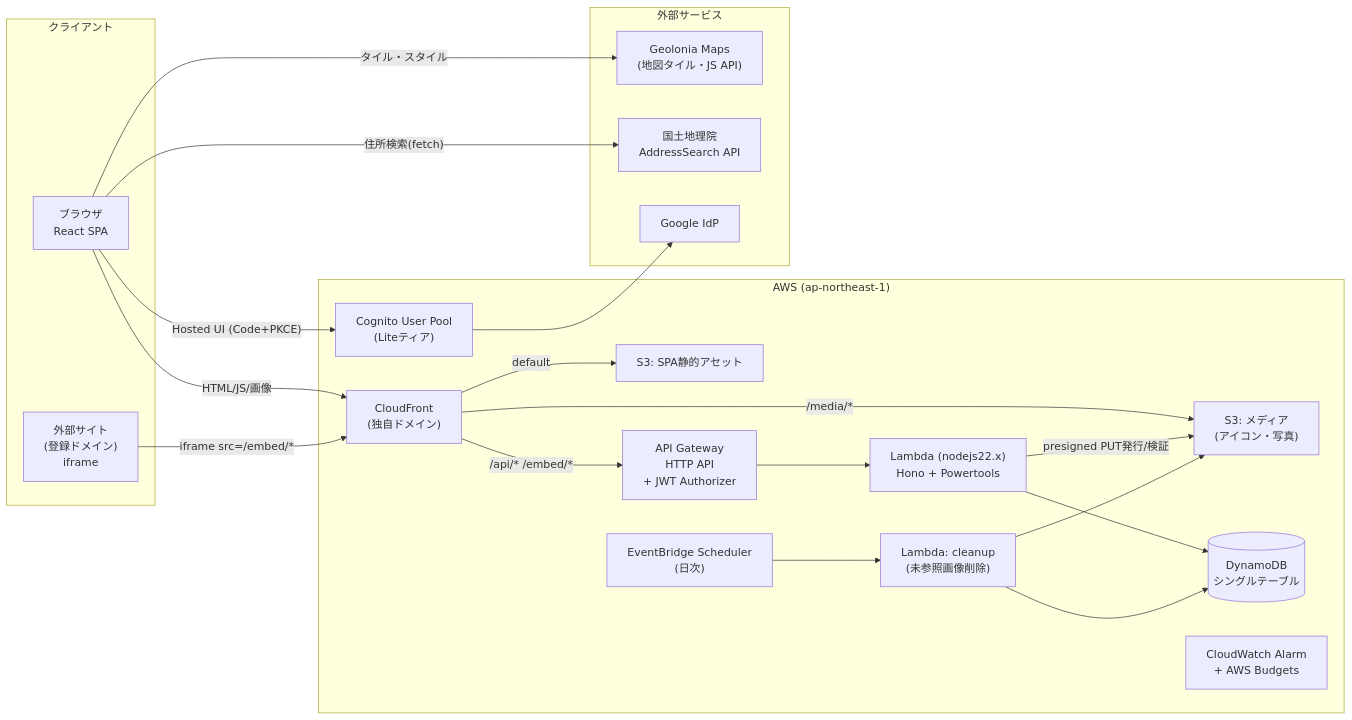
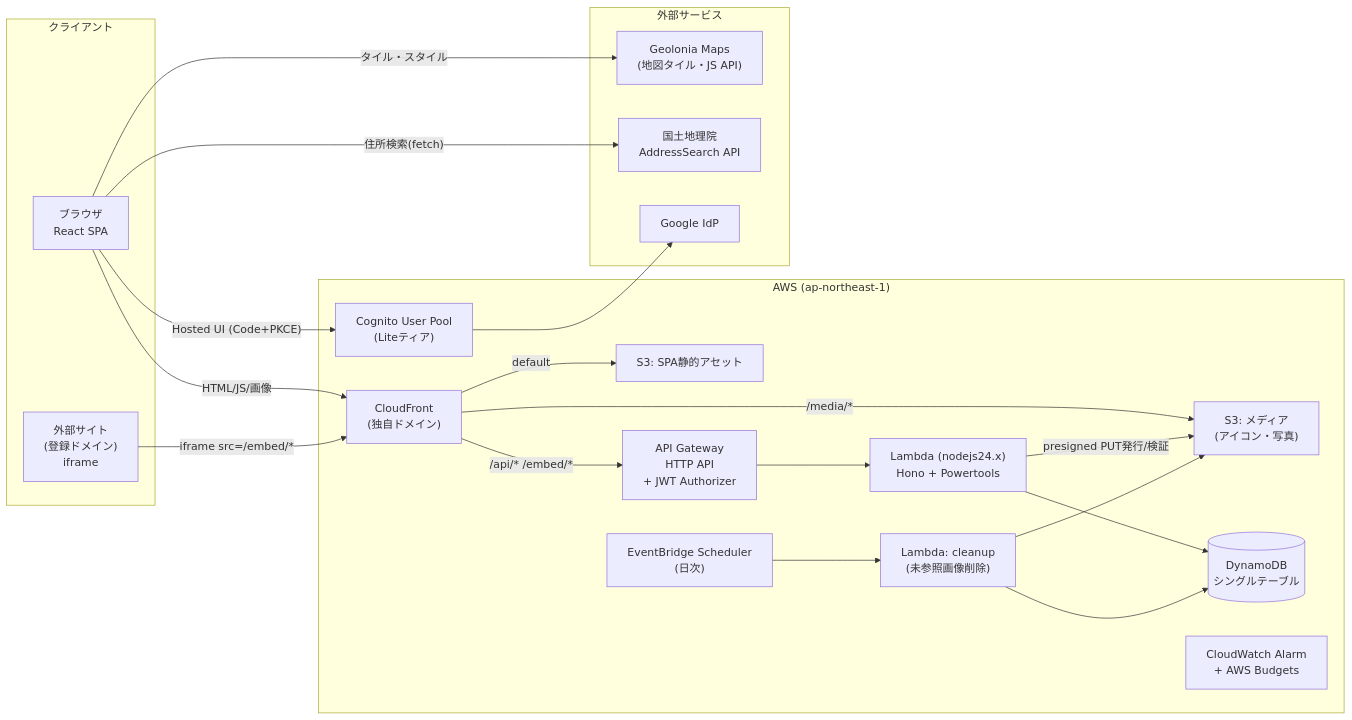
One commit to tasaishogo/oriorimap changed the diagram in docs/spec/02_design.md. Above: the diagram before and after it, drawn with Mermaid. The commit also changed other lines of this file and 10 other files, not shown here.

````diff
--- a/docs/spec/02_design.md
+++ b/docs/spec/02_design.md
@@ -14,42 +14,42 @@
 ```mermaid
 graph LR
   subgraph Client["クライアント"]
     B["ブラウザ<br/>React SPA"]
     EX["外部サイト<br/>(登録ドメイン)<br/>iframe"]
   end
 
   subgraph AWS["AWS (ap-northeast-1)"]
     CF["CloudFront<br/>(独自ドメイン)"]
     S3F["S3: SPA静的アセット"]
     S3M["S3: メディア<br/>(アイコン・写真)"]
     APIGW["API Gateway<br/>HTTP API<br/>+ JWT Authorizer"]
-    L["Lambda (nodejs22.x)<br/>Hono + Powertools"]
+    L["Lambda (nodejs24.x)<br/>Hono + Powertools"]
     DDB[("DynamoDB<br/>シングルテーブル")]
     COG["Cognito User Pool<br/>(Liteティア)"]
     SCH["EventBridge Scheduler<br/>(日次)"]
     LC["Lambda: cleanup<br/>(未参照画像削除)"]
     CW["CloudWatch Alarm<br/>+ AWS Budgets"]
   end
 
   subgraph EXT["外部サービス"]
     GEO["Geolonia Maps<br/>(地図タイル・JS API)"]
     GSIA["国土地理院<br/>AddressSearch API"]
     GGL["Google IdP"]
   end
 
   B -->|"HTML/JS/画像"| CF
   EX -->|"iframe src=/embed/*"| CF
   CF -->|"default"| S3F
   CF -->|"/media/*"| S3M
   CF -->|"/api/* /embed/*"| APIGW
   APIGW --> L
   L --> DDB
   L -->|"presigned PUT発行/検証"| S3M
   B -->|"タイル・スタイル"| GEO
   B -->|"住所検索(fetch)"| GSIA
   B -->|"Hosted UI (Code+PKCE)"| COG
   COG --> GGL
   SCH --> LC
   LC --> DDB
   LC --> S3M
 ```
````
